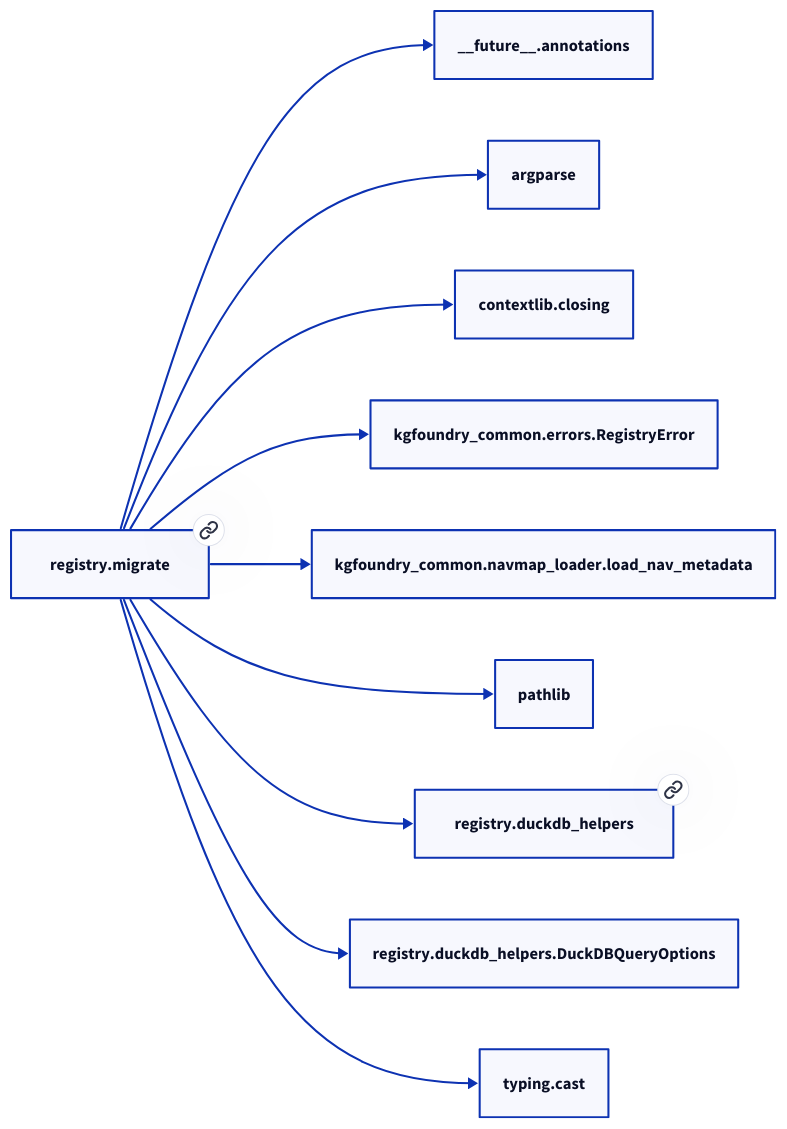
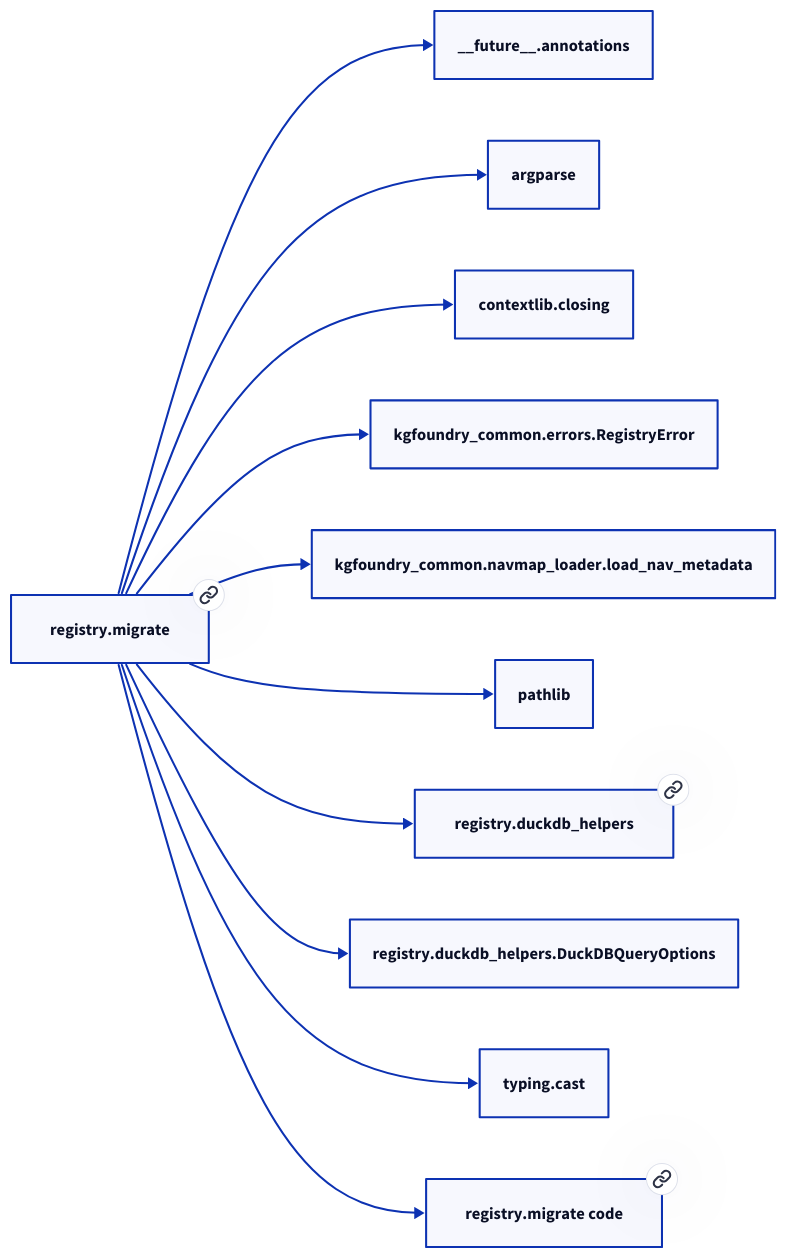
One commit to paul-heyse/kgforge changed the diagram in docs/modules/registry/migrate.md. Above: the diagram before and after it, drawn with D2. The commit also changed other lines of this file and 319 other files, not shown here.

````diff
--- a/docs/modules/registry/migrate.md
+++ b/docs/modules/registry/migrate.md
@@ -30,22 +32,24 @@
 ```d2
 direction: right
-"registry.migrate": "registry.migrate" { link: "migrate.md" }
+"registry.migrate": "registry.migrate" { link: "./registry/migrate.md" }
 "__future__.annotations": "__future__.annotations"
 "registry.migrate" -> "__future__.annotations"
 "argparse": "argparse"
 "registry.migrate" -> "argparse"
 "contextlib.closing": "contextlib.closing"
 "registry.migrate" -> "contextlib.closing"
 "kgfoundry_common.errors.RegistryError": "kgfoundry_common.errors.RegistryError"
 "registry.migrate" -> "kgfoundry_common.errors.RegistryError"
 "kgfoundry_common.navmap_loader.load_nav_metadata": "kgfoundry_common.navmap_loader.load_nav_metadata"
 "registry.migrate" -> "kgfoundry_common.navmap_loader.load_nav_metadata"
 "pathlib": "pathlib"
 "registry.migrate" -> "pathlib"
-"registry.duckdb_helpers": "registry.duckdb_helpers" { link: "duckdb_helpers.md" }
+"registry.duckdb_helpers": "registry.duckdb_helpers" { link: "./registry/duckdb_helpers.md" }
 "registry.migrate" -> "registry.duckdb_helpers"
 "registry.duckdb_helpers.DuckDBQueryOptions": "registry.duckdb_helpers.DuckDBQueryOptions"
 "registry.migrate" -> "registry.duckdb_helpers.DuckDBQueryOptions"
 "typing.cast": "typing.cast"
 "registry.migrate" -> "typing.cast"
+"registry.migrate_code": "registry.migrate code" { link: "https://github.com/kgfoundry/kgfoundry/blob/main/src/registry/migrate.py" }
+"registry.migrate" -> "registry.migrate_code" { style: dashed }
 ```
````
